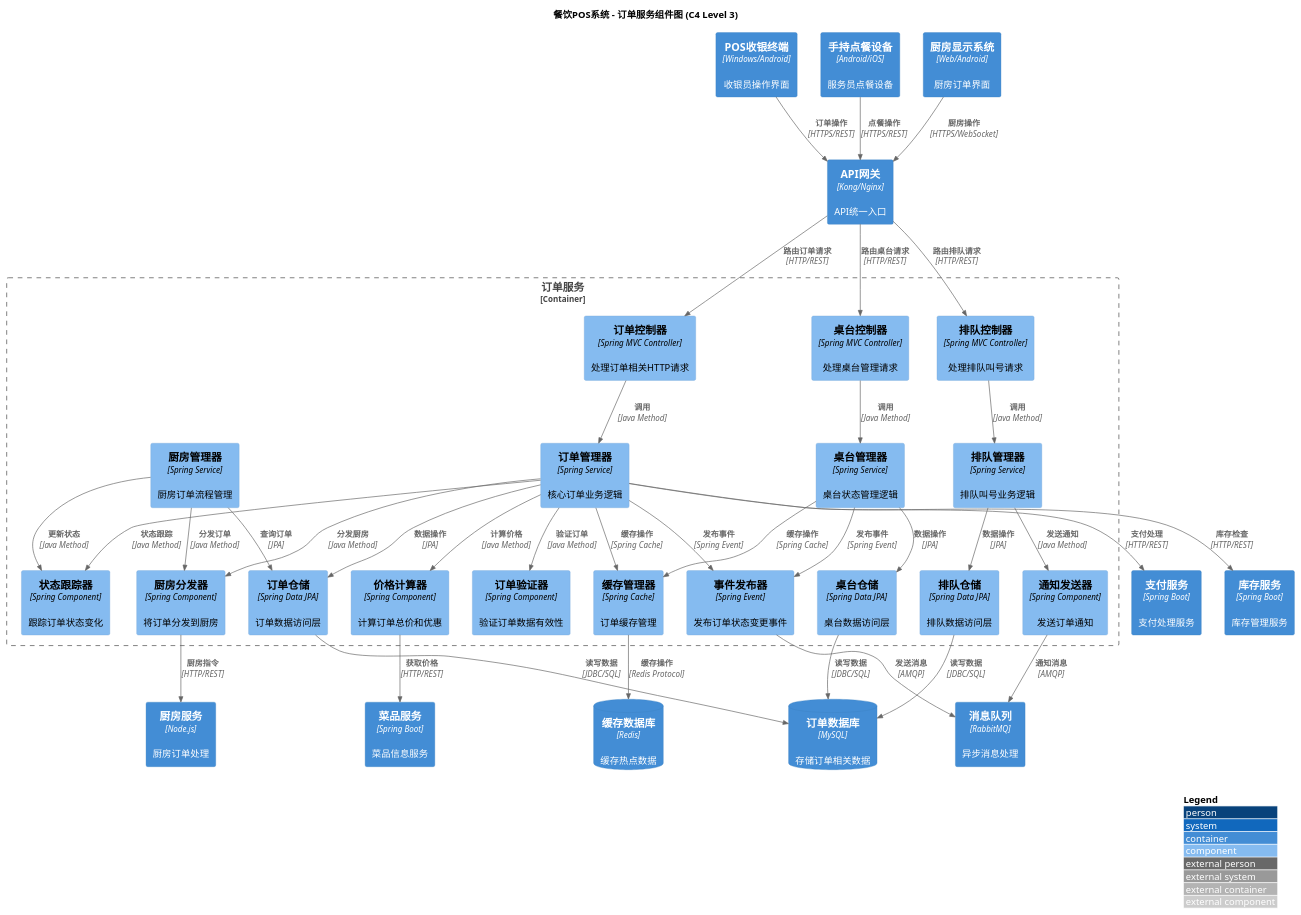
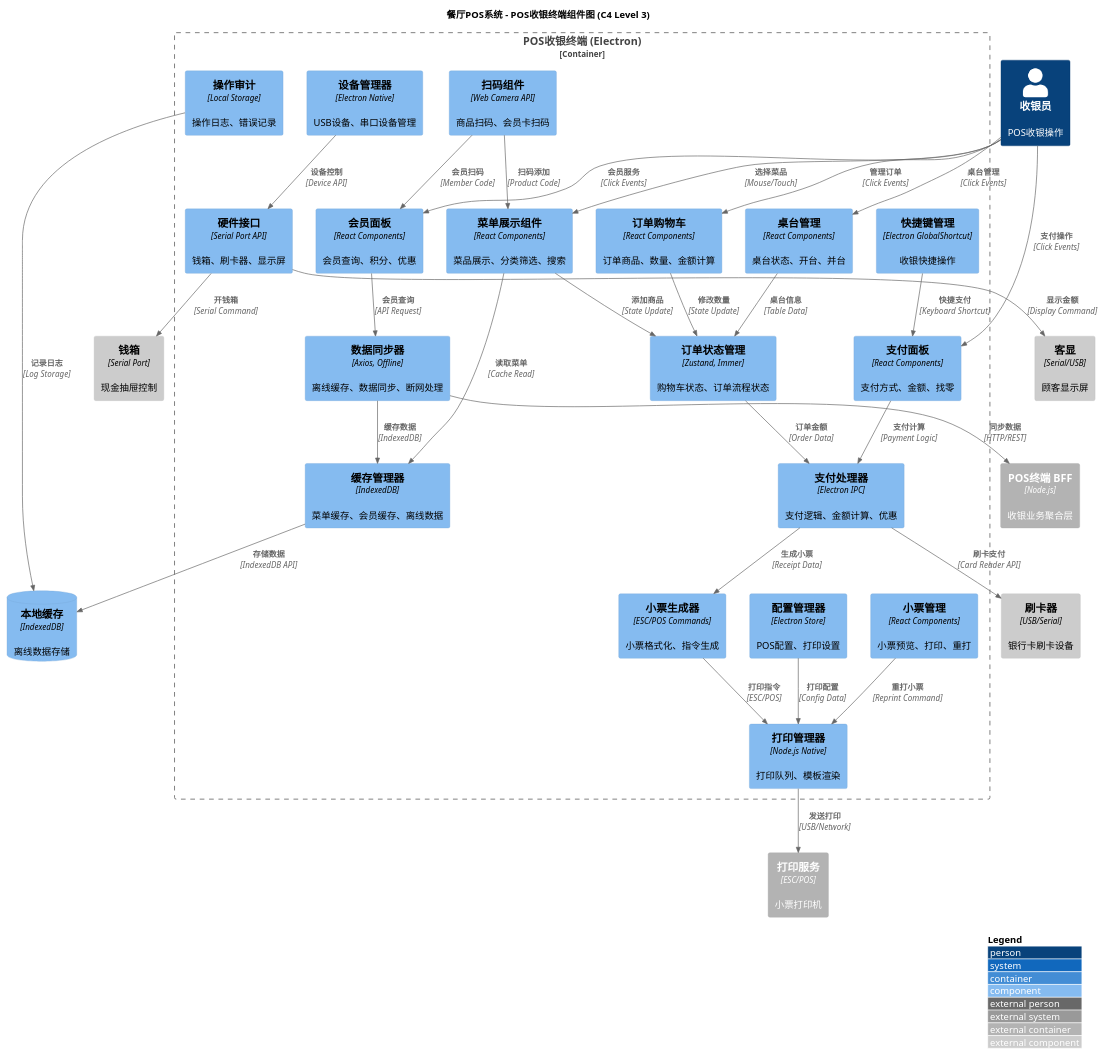
The diagram in restaurant-pos/restaurant-pos-c4-component.puml (felixzhu97/system-design), drawn with PlantUML before and after one commit. The commit also changed 13 other files, not shown here.

First line of the commit message:
refactor: Update system design diagrams with enhanced API and architecture details

```diff
--- a/restaurant-pos/restaurant-pos-c4-component.puml
+++ b/restaurant-pos/restaurant-pos-c4-component.puml
@@ -1,87 +1,75 @@
 @startuml
 !include https://raw.githubusercontent.com/plantuml-stdlib/C4-PlantUML/master/C4_Component.puml
 
-title 餐饮POS系统 - 订单服务组件图 (C4 Level 3)
+title 餐厅POS系统 - POS收银终端组件图 (C4 Level 3)
 
 LAYOUT_WITH_LEGEND()
 
-Container(posTerminal, "POS收银终端", "Windows/Android", "收银员操作界面")
-Container(handheldDevice, "手持点餐设备", "Android/iOS", "服务员点餐设备")
-Container(kitchenDisplay, "厨房显示系统", "Web/Android", "厨房订单界面")
-Container(apiGateway, "API网关", "Kong/Nginx", "API统一入口")
+Person(cashier, "收银员", "POS收银操作")
+Container_Ext(posBFF, "POS终端 BFF", "Node.js", "收银业务聚合层")
+Container_Ext(printerService, "打印服务", "ESC/POS", "小票打印机")
 
-Container_Boundary(orderService, "订单服务") {
-    Component(orderController, "订单控制器", "Spring MVC Controller", "处理订单相关HTTP请求")
-    Component(tableController, "桌台控制器", "Spring MVC Controller", "处理桌台管理请求")
-    Component(queueController, "排队控制器", "Spring MVC Controller", "处理排队叫号请求")
+Container_Boundary(c1, "POS收银终端 (Electron)") {
+    Component(menuDisplay, "菜单展示组件", "React Components", "菜品展示、分类筛选、搜索")
+    Component(orderCart, "订单购物车", "React Components", "订单商品、数量、金额计算")
+    Component(paymentPanel, "支付面板", "React Components", "支付方式、金额、找零")
+    Component(memberPanel, "会员面板", "React Components", "会员查询、积分、优惠")
+    Component(tableManager, "桌台管理", "React Components", "桌台状态、开台、并台")
+    Component(receiptPanel, "小票管理", "React Components", "小票预览、打印、重打")
     
-    Component(orderManager, "订单管理器", "Spring Service", "核心订单业务逻辑")
-    Component(tableManager, "桌台管理器", "Spring Service", "桌台状态管理逻辑")
-    Component(queueManager, "排队管理器", "Spring Service", "排队叫号业务逻辑")
-    Component(kitchenManager, "厨房管理器", "Spring Service", "厨房订单流程管理")
+    Component(orderState, "订单状态管理", "Zustand, Immer", "购物车状态、订单流程状态")
+    Component(paymentProcessor, "支付处理器", "Electron IPC", "支付逻辑、金额计算、优惠")
+    Component(printerManager, "打印管理器", "Node.js Native", "打印队列、模板渲染")
+    Component(barcodeScanner, "扫码组件", "Web Camera API", "商品扫码、会员卡扫码")
+    Component(receiptGenerator, "小票生成器", "ESC/POS Commands", "小票格式化、指令生成")
+    Component(hardwareInterface, "硬件接口", "Serial Port API", "钱箱、刷卡器、显示屏")
     
-    Component(orderValidator, "订单验证器", "Spring Component", "验证订单数据有效性")
-    Component(priceCalculator, "价格计算器", "Spring Component", "计算订单总价和优惠")
-    Component(statusTracker, "状态跟踪器", "Spring Component", "跟踪订单状态变化")
-    Component(kitchenDispatcher, "厨房分发器", "Spring Component", "将订单分发到厨房")
-    
-    Component(orderRepository, "订单仓储", "Spring Data JPA", "订单数据访问层")
-    Component(tableRepository, "桌台仓储", "Spring Data JPA", "桌台数据访问层")
-    Component(queueRepository, "排队仓储", "Spring Data JPA", "排队数据访问层")
-    
-    Component(cacheManager, "缓存管理器", "Spring Cache", "订单缓存管理")
-    Component(eventPublisher, "事件发布器", "Spring Event", "发布订单状态变更事件")
-    Component(notificationSender, "通知发送器", "Spring Component", "发送订单通知")
+    Component(dataSync, "数据同步器", "Axios, Offline", "离线缓存、数据同步、断网处理")
+    Component(cacheManager, "缓存管理器", "IndexedDB", "菜单缓存、会员缓存、离线数据")
+    Component(deviceManager, "设备管理器", "Electron Native", "USB设备、串口设备管理")
+    Component(auditLogger, "操作审计", "Local Storage", "操作日志、错误记录")
+    Component(configManager, "配置管理器", "Electron Store", "POS配置、打印设置")
+    Component(hotkeysManager, "快捷键管理", "Electron GlobalShortcut", "收银快捷操作")
 }
 
-ContainerDb(orderDb, "订单数据库", "MySQL", "存储订单相关数据")
-ContainerDb(cacheDb, "缓存数据库", "Redis", "缓存热点数据")
-Container(messageQueue, "消息队列", "RabbitMQ", "异步消息处理")
-Container(menuService, "菜品服务", "Spring Boot", "菜品信息服务")
-Container(paymentService, "支付服务", "Spring Boot", "支付处理服务")
-Container(kitchenService, "厨房服务", "Node.js", "厨房订单处理")
-Container(inventoryService, "库存服务", "Spring Boot", "库存管理服务")
+ComponentDb(localCache, "本地缓存", "IndexedDB", "离线数据存储")
+Component_Ext(cardReader, "刷卡器", "USB/Serial", "银行卡刷卡设备")
+Component_Ext(cashDrawer, "钱箱", "Serial Port", "现金抽屉控制")
+Component_Ext(customerDisplay, "客显", "Serial/USB", "顾客显示屏")
 
-Rel(posTerminal, apiGateway, "订单操作", "HTTPS/REST")
-Rel(handheldDevice, apiGateway, "点餐操作", "HTTPS/REST")
-Rel(kitchenDisplay, apiGateway, "厨房操作", "HTTPS/WebSocket")
-Rel(apiGateway, orderController, "路由订单请求", "HTTP/REST")
-Rel(apiGateway, tableController, "路由桌台请求", "HTTP/REST")
-Rel(apiGateway, queueController, "路由排队请求", "HTTP/REST")
+Rel(cashier, menuDisplay, "选择菜品", "Mouse/Touch")
+Rel(cashier, orderCart, "管理订单", "Click Events")
+Rel(cashier, paymentPanel, "支付操作", "Click Events")
+Rel(cashier, memberPanel, "会员服务", "Click Events")
+Rel(cashier, tableManager, "桌台管理", "Click Events")
 
-Rel(orderController, orderManager, "调用", "Java Method")
-Rel(tableController, tableManager, "调用", "Java Method")
-Rel(queueController, queueManager, "调用", "Java Method")
+Rel(menuDisplay, orderState, "添加商品", "State Update")
+Rel(orderCart, orderState, "修改数量", "State Update")
+Rel(paymentPanel, paymentProcessor, "支付计算", "Payment Logic")
+Rel(memberPanel, dataSync, "会员查询", "API Request")
 
-Rel(orderManager, orderValidator, "验证订单", "Java Method")
-Rel(orderManager, priceCalculator, "计算价格", "Java Method")
-Rel(orderManager, statusTracker, "状态跟踪", "Java Method")
-Rel(orderManager, kitchenDispatcher, "分发厨房", "Java Method")
-Rel(orderManager, orderRepository, "数据操作", "JPA")
-Rel(orderManager, cacheManager, "缓存操作", "Spring Cache")
-Rel(orderManager, eventPublisher, "发布事件", "Spring Event")
+Rel(orderState, paymentProcessor, "订单金额", "Order Data")
+Rel(paymentProcessor, receiptGenerator, "生成小票", "Receipt Data")
+Rel(receiptGenerator, printerManager, "打印指令", "ESC/POS")
+Rel(printerManager, printerService, "发送打印", "USB/Network")
 
-Rel(tableManager, tableRepository, "数据操作", "JPA")
-Rel(tableManager, cacheManager, "缓存操作", "Spring Cache")
-Rel(tableManager, eventPublisher, "发布事件", "Spring Event")
+Rel(barcodeScanner, menuDisplay, "扫码添加", "Product Code")
+Rel(barcodeScanner, memberPanel, "会员扫码", "Member Code")
+Rel(hardwareInterface, cashDrawer, "开钱箱", "Serial Command")
+Rel(hardwareInterface, customerDisplay, "显示金额", "Display Command")
 
-Rel(queueManager, queueRepository, "数据操作", "JPA")
-Rel(queueManager, notificationSender, "发送通知", "Java Method")
+Rel(dataSync, posBFF, "同步数据", "HTTP/REST")
+Rel(dataSync, cacheManager, "缓存数据", "IndexedDB")
+Rel(cacheManager, localCache, "存储数据", "IndexedDB API")
+Rel(menuDisplay, cacheManager, "读取菜单", "Cache Read")
 
-Rel(kitchenManager, orderRepository, "查询订单", "JPA")
-Rel(kitchenManager, kitchenDispatcher, "分发订单", "Java Method")
-Rel(kitchenManager, statusTracker, "更新状态", "Java Method")
+Rel(auditLogger, localCache, "记录日志", "Log Storage")
+Rel(configManager, printerManager, "打印配置", "Config Data")
+Rel(deviceManager, hardwareInterface, "设备控制", "Device API")
+Rel(hotkeysManager, paymentPanel, "快捷支付", "Keyboard Shortcut")
 
-Rel(orderRepository, orderDb, "读写数据", "JDBC/SQL")
-Rel(tableRepository, orderDb, "读写数据", "JDBC/SQL")
-Rel(queueRepository, orderDb, "读写数据", "JDBC/SQL")
-Rel(cacheManager, cacheDb, "缓存操作", "Redis Protocol")
-Rel(eventPublisher, messageQueue, "发送消息", "AMQP")
-
-Rel(priceCalculator, menuService, "获取价格", "HTTP/REST")
-Rel(orderManager, paymentService, "支付处理", "HTTP/REST")
-Rel(kitchenDispatcher, kitchenService, "厨房指令", "HTTP/REST")
-Rel(orderManager, inventoryService, "库存检查", "HTTP/REST")
-Rel(notificationSender, messageQueue, "通知消息", "AMQP")
+Rel(paymentProcessor, cardReader, "刷卡支付", "Card Reader API")
+Rel(receiptPanel, printerManager, "重打小票", "Reprint Command")
+Rel(tableManager, orderState, "桌台信息", "Table Data")
 
 @enduml 
```
